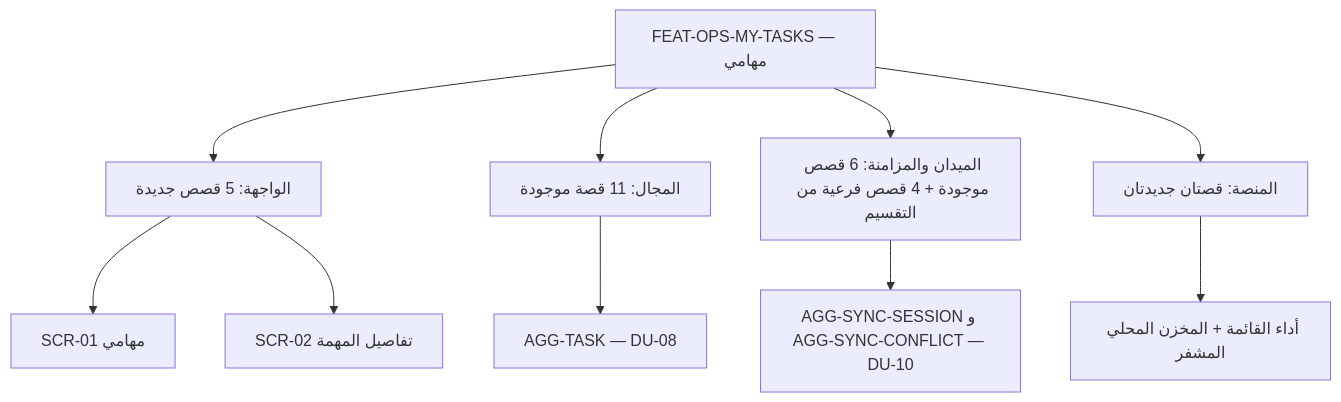
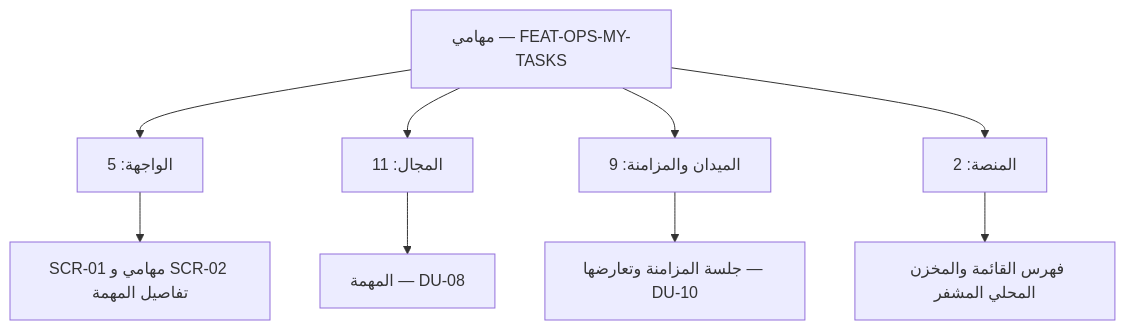
One commit to Ayoubkhattab/Planing changed the diagram in spec/18-analysis-design/_pilot/feature-pilot-my-tasks.md. Above: the diagram before and after it, drawn with Mermaid. The commit also changed other lines of this file, not shown here.

First line of the commit message:
Pilot: rewrite My Tasks stories with the extended story template

````diff
--- a/spec/18-analysis-design/_pilot/feature-pilot-my-tasks.md
+++ b/spec/18-analysis-design/_pilot/feature-pilot-my-tasks.md
@@ -33,13 +37,12 @@
 ```mermaid
 flowchart TB
-  F["FEAT-OPS-MY-TASKS — مهامي"]
-  F --> UI["الواجهة: 5 قصص جديدة"]
-  F --> DOM["المجال: 11 قصة موجودة"]
-  F --> FLD["الميدان والمزامنة: 6 قصص موجودة + 4 قصص فرعية من التقسيم"]
-  F --> PLT["المنصة: قصتان جديدتان"]
-  UI --> S1["SCR-01 مهامي"]
-  UI --> S2["SCR-02 تفاصيل المهمة"]
-  DOM --> A1["AGG-TASK — DU-08"]
-  FLD --> A2["AGG-SYNC-SESSION و AGG-SYNC-CONFLICT — DU-10"]
-  PLT --> P1["أداء القائمة + المخزن المحلي المشفر"]
+  F["مهامي — FEAT-OPS-MY-TASKS"]
+  F --> UI["الواجهة: 5"]
+  F --> DOM["المجال: 11"]
+  F --> FLD["الميدان والمزامنة: 9"]
+  F --> PLT["المنصة: 2"]
+  UI --> SCR["SCR-01 مهامي و SCR-02 تفاصيل المهمة"]
+  DOM --> TASK["المهمة — DU-08"]
+  FLD --> SYNC["جلسة المزامنة وتعارضها — DU-10"]
+  PLT --> P["فهرس القائمة والمخزن المحلي المشفر"]
 ```
````
